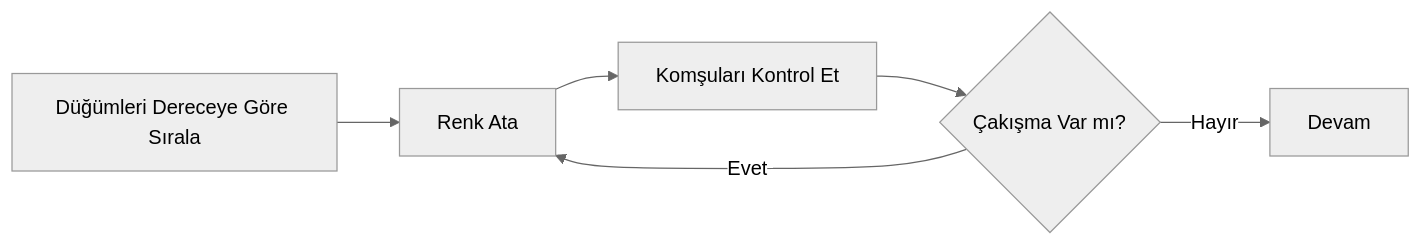
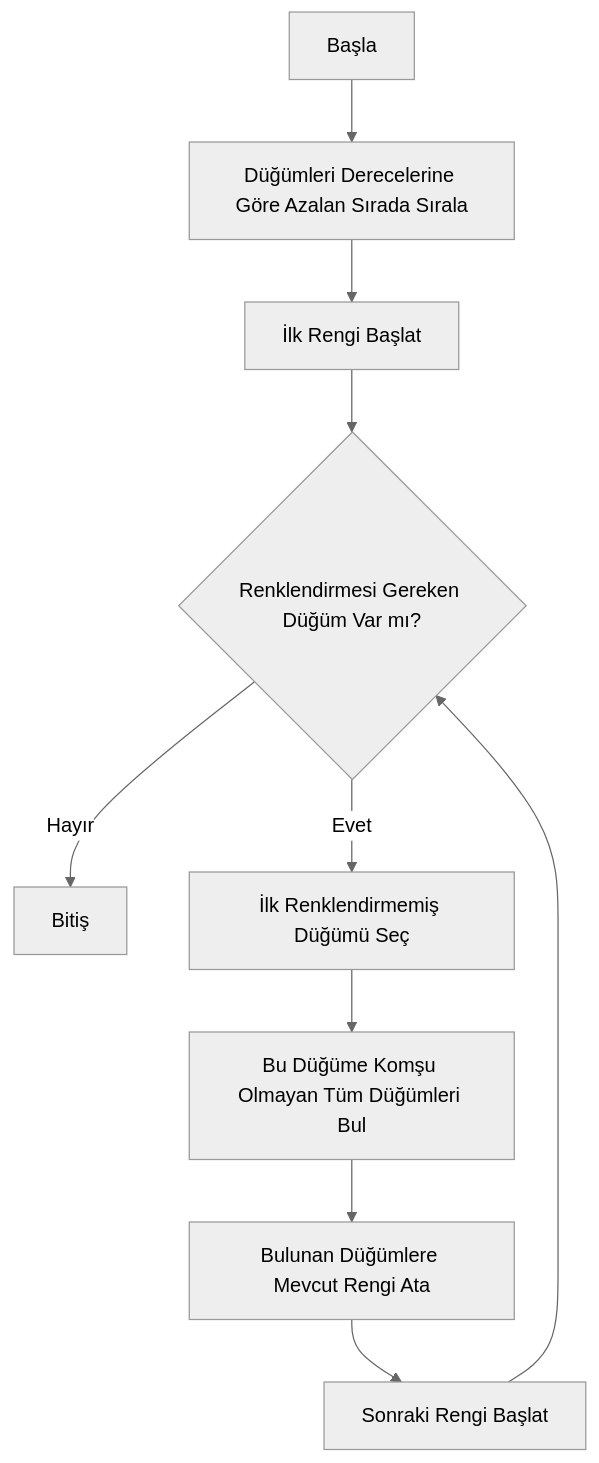
The seventh of 17 diagrams in README.md (AboubacarSow/yazlab-proje-II), drawn with Mermaid (neutral theme) before and after one commit. The commit also changed other lines of this file, not shown here.

````diff
--- a/README.md
+++ b/README.md
@@ -221,8 +305,12 @@
 ```mermaid
-flowchart LR
-A[Düğümleri Dereceye Göre Sırala] --> B[Renk Ata]
-B --> C[Komşuları Kontrol Et]
-C --> D{Çakışma Var mı?}
-D -->|Evet| B
-D -->|Hayır| E[Devam]
+flowchart TD
+    A[Başla] --> B[Düğümleri Derecelerine Göre Azalan Sırada Sırala]
+    B --> C[İlk Rengi Başlat]
+    C --> D{Renklendirmesi Gereken Düğüm Var mı?}
+    D -->|Hayır| I[Bitiş]
+    D -->|Evet| E[İlk Renklendirmemiş Düğümü Seç]
+    E --> F[Bu Düğüme Komşu Olmayan Tüm Düğümleri Bul]
+    F --> G[Bulunan Düğümlere Mevcut Rengi Ata]
+    G --> H[Sonraki Rengi Başlat]
+    H --> D
 ```
````
